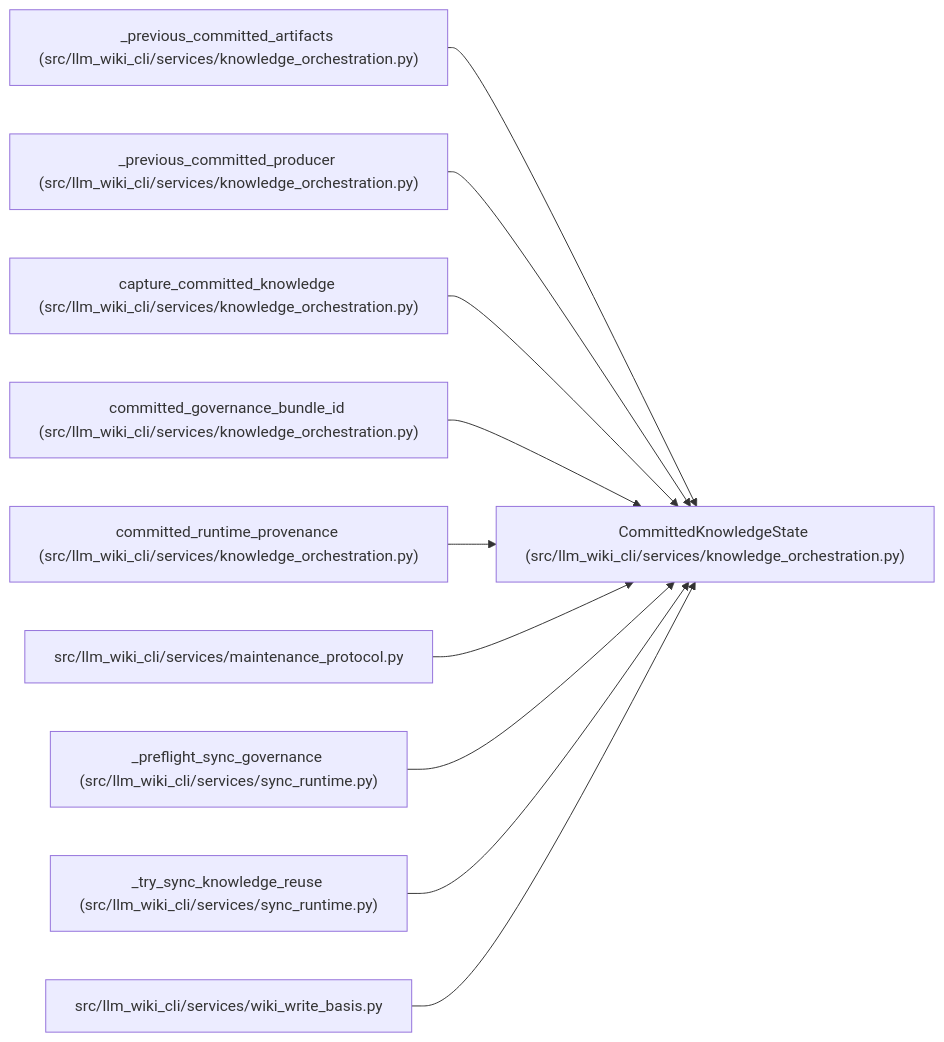
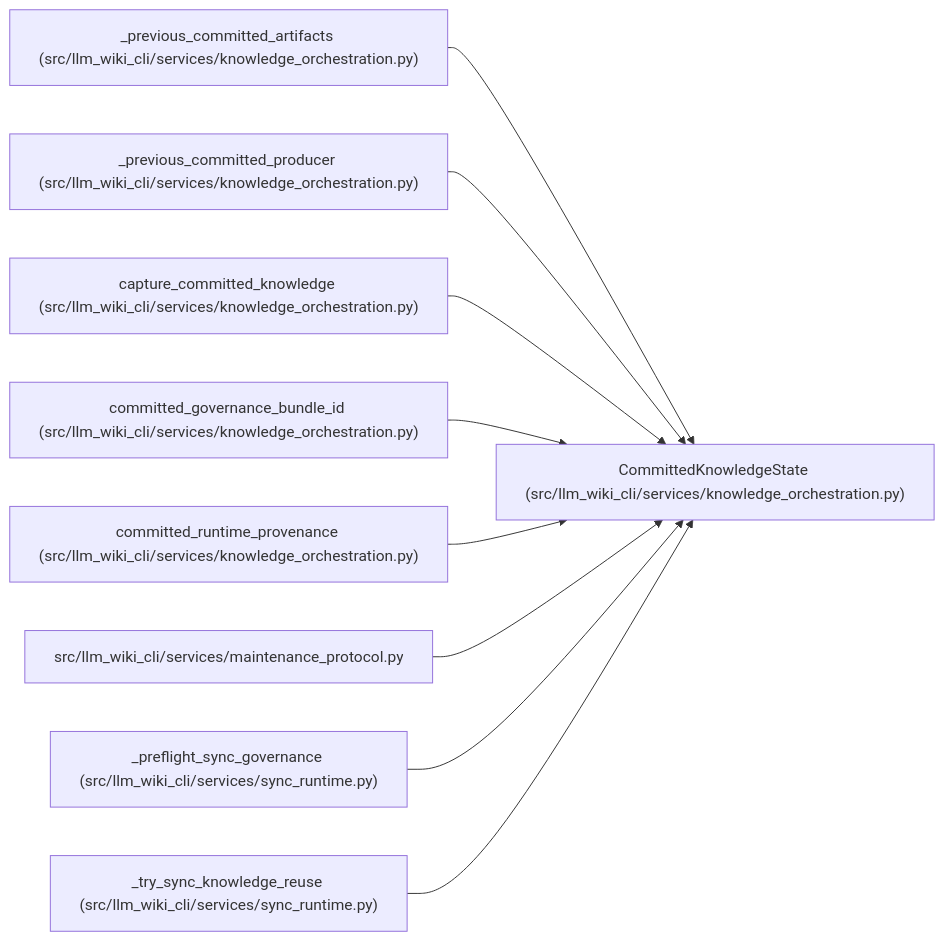
One commit to Denissvgn/python-wiki-llm changed the diagram in docs/llm_wiki/entities/CommittedKnowledgeState.md. Above: the diagram before and after it, drawn with Mermaid. The commit also changed other lines of this file and 739 other files, not shown here.

````diff
--- a/docs/llm_wiki/entities/CommittedKnowledgeState.md
+++ b/docs/llm_wiki/entities/CommittedKnowledgeState.md
@@ -33,32 +33,29 @@
 ```mermaid
 flowchart LR
     n0["CommittedKnowledgeState (src/llm_wiki_cli/services/knowledge_orchestration.py)"]
     n1["_previous_committed_artifacts (src/llm_wiki_cli/services/knowledge_orchestration.py)"]
     n2["_previous_committed_producer (src/llm_wiki_cli/services/knowledge_orchestration.py)"]
     n3["capture_committed_knowledge (src/llm_wiki_cli/services/knowledge_orchestration.py)"]
     n4["committed_governance_bundle_id (src/llm_wiki_cli/services/knowledge_orchestration.py)"]
     n5["committed_runtime_provenance (src/llm_wiki_cli/services/knowledge_orchestration.py)"]
     n6["src/llm_wiki_cli/services/maintenance_protocol.py"]
     n7["_preflight_sync_governance (src/llm_wiki_cli/services/sync_runtime.py)"]
     n8["_try_sync_knowledge_reuse (src/llm_wiki_cli/services/sync_runtime.py)"]
-    n9["src/llm_wiki_cli/services/wiki_write_basis.py"]
     n1 --> n0
     n2 --> n0
     n3 --> n0
     n4 --> n0
     n5 --> n0
     n6 --> n0
     n7 --> n0
     n8 --> n0
-    n9 --> n0
     click n0 "../modules/knowledge_orchestration.md"
     click n1 "../modules/knowledge_orchestration.md"
     click n2 "../modules/knowledge_orchestration.md"
     click n3 "../modules/knowledge_orchestration.md"
     click n4 "../modules/knowledge_orchestration.md"
     click n5 "../modules/knowledge_orchestration.md"
     click n6 "../modules/maintenance_protocol.md"
     click n7 "../modules/sync_runtime.md"
     click n8 "../modules/sync_runtime.md"
-    click n9 "../modules/wiki_write_basis.md"
 ```
````
